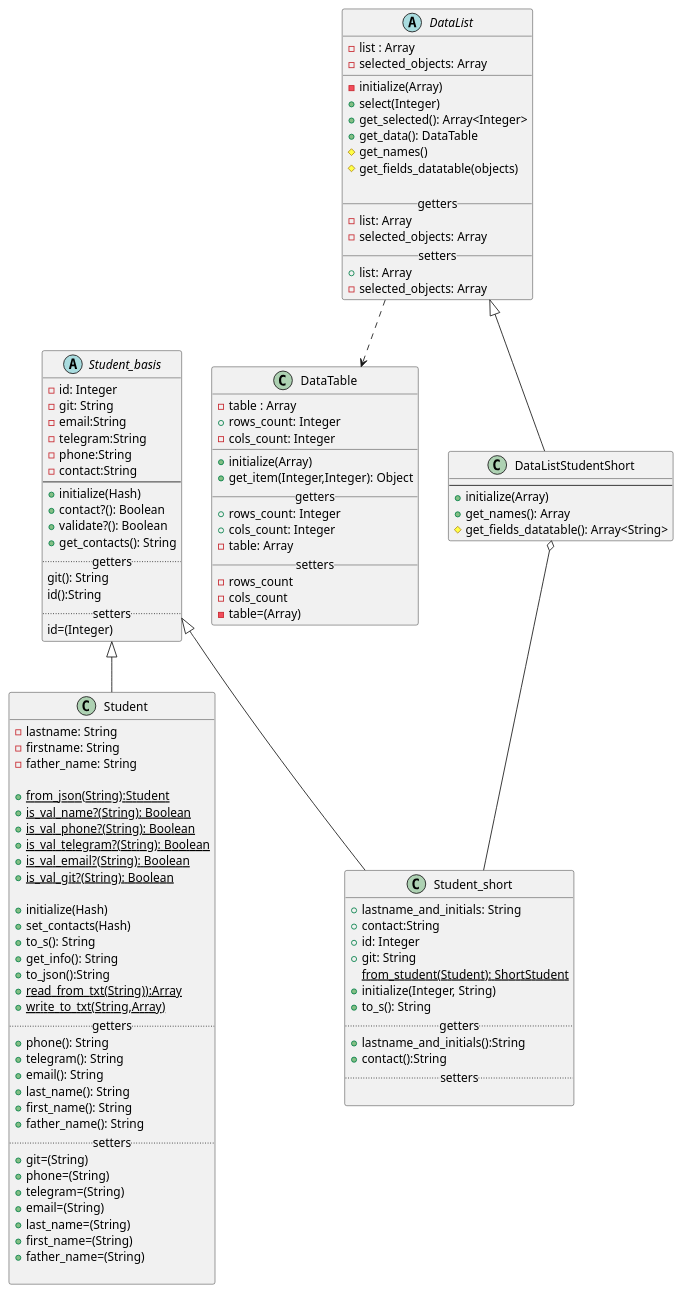
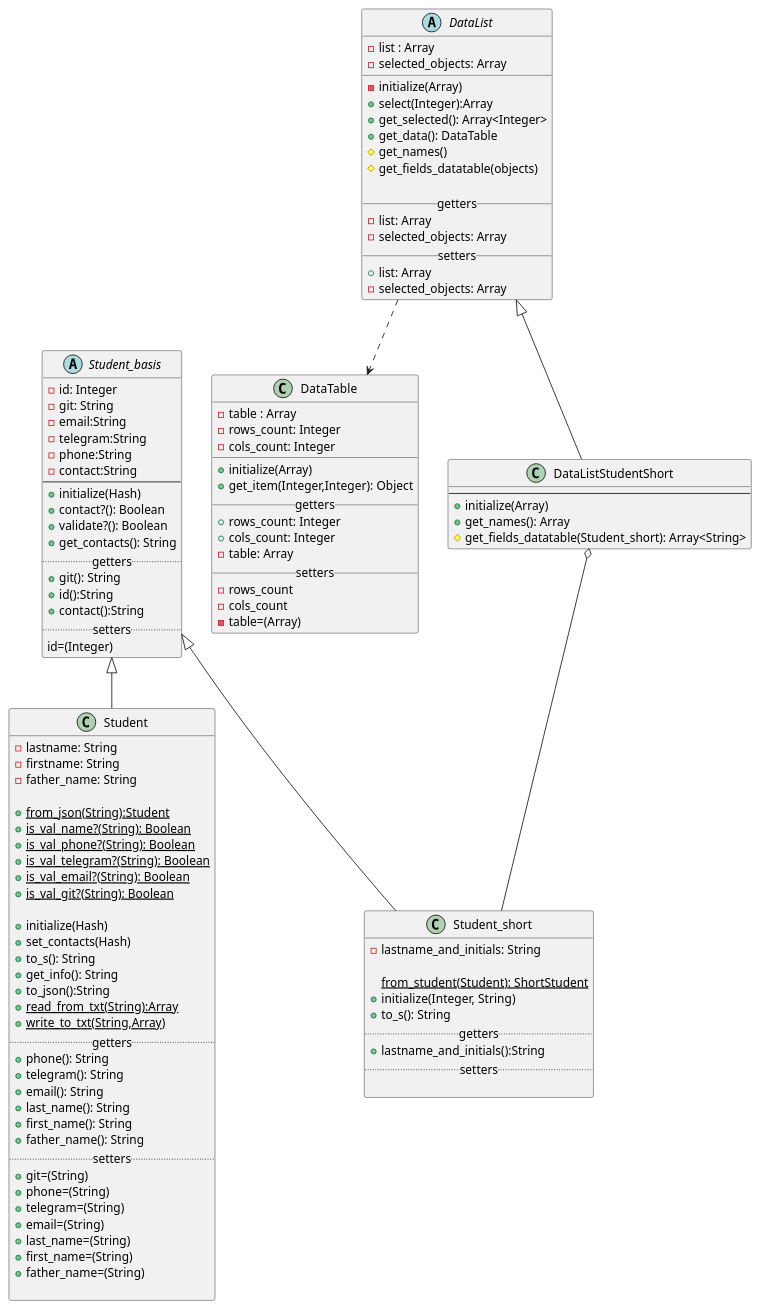
The diagram in lab2/student_diagrams.puml (ColdEiler/pattern), drawn with PlantUML before and after one commit. The commit also changed 1 other file, not shown here.

Commit message:
Одобренная (изменненая) схема

```diff
--- a/lab2/student_diagrams.puml
+++ b/lab2/student_diagrams.puml
@@ -1,119 +1,117 @@
 @startuml
 'https://plantuml.com/class-diagram
 abstract class Student_basis{
      -id: Integer
      -git: String
      -email:String
      -telegram:String
      -phone:String
      -contact:String
 --
      +initialize(Hash)
      +contact?(): Boolean
      +validate?(): Boolean
      +get_contacts(): String
      .. getters..
-     git(): String
-     id():String
+     +git(): String
+     +id():String
+     +contact():String
      .. setters ..
      id=(Integer)
 }
 
 class Student extends Student_basis{
      -lastname: String
      -firstname: String
      -father_name: String
 
      +{static}from_json(String):Student
      +{static}is_val_name?(String): Boolean
      +{static}is_val_phone?(String): Boolean
      +{static}is_val_telegram?(String): Boolean
      +{static}is_val_email?(String): Boolean
      +{static}is_val_git?(String): Boolean
 
      +initialize(Hash)
      +set_contacts(Hash)
      +to_s(): String
      +get_info(): String
      +to_json():String
-     +{static}read_from_txt(String)):Array
+     +{static}read_from_txt(String):Array
      +{static}write_to_txt(String,Array)
      .. getters ..
      +phone(): String
      +telegram(): String
      +email(): String
      +last_name(): String
      +first_name(): String
      +father_name(): String
      .. setters ..
      +git=(String)
      +phone=(String)
      +telegram=(String)
      +email=(String)
      +last_name=(String)
      +first_name=(String)
      +father_name=(String)
 
 }
 
 class Student_short extends Student_basis{
-     +lastname_and_initials: String
-     +contact:String
-     +id: Integer
-     +git: String
+     -lastname_and_initials: String
+     
      {static}from_student(Student): ShortStudent
      +initialize(Integer, String)
      +to_s(): String
      .. getters ..
      +lastname_and_initials():String
-     +contact():String
      .. setters ..
 
 }
 
 
 class DataTable{
     -table : Array
-    +rows_count: Integer
+    -rows_count: Integer
     -cols_count: Integer
     __
     +initialize(Array)
     +get_item(Integer,Integer): Object
     __getters__
     +rows_count: Integer
     +cols_count: Integer
     -table: Array
     __setters__
     -rows_count
     -cols_count
     -table=(Array)
 }
 abstract class DataList{
     -list : Array
     -selected_objects: Array
     __
     -initialize(Array)
-    +select(Integer)
+    +select(Integer):Array
     +get_selected(): Array<Integer>
     +get_data(): DataTable
     #get_names()
     #get_fields_datatable(objects)
 
     __getters__
     -list: Array
     -selected_objects: Array
     __setters__
     +list: Array
     -selected_objects: Array
 }
 
 class DataListStudentShort extends DataList{
     --
     +initialize(Array)
     +get_names(): Array
-    #get_fields_datatable(): Array<String>
+    #get_fields_datatable(Student_short): Array<String>
 }
 
 DataList ..> DataTable
 DataListStudentShort o-- Student_short
 @enduml
```
